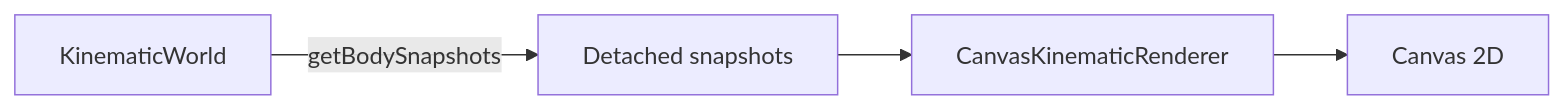
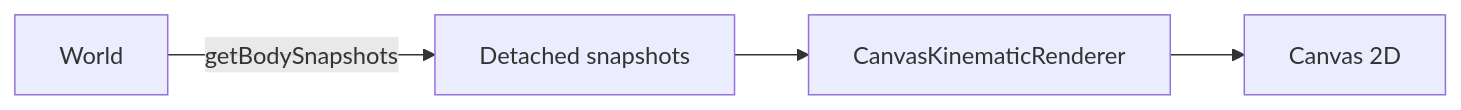
Before and after one commit to fa-ribeiro/vLab2D: the first of 5 diagrams in src/visualization/README.md, drawn with Mermaid. The commit also changed 12 other files, not shown here.

````diff
--- a/src/visualization/README.md
+++ b/src/visualization/README.md
@@ -78,11 +78,11 @@
 ```mermaid
 flowchart LR
-    W[KinematicWorld]
+    W[World]
     S[Detached snapshots]
     R[CanvasKinematicRenderer]
     C[Canvas 2D]
 
     W -->|getBodySnapshots| S
     S --> R
     R --> C
 ```
````
